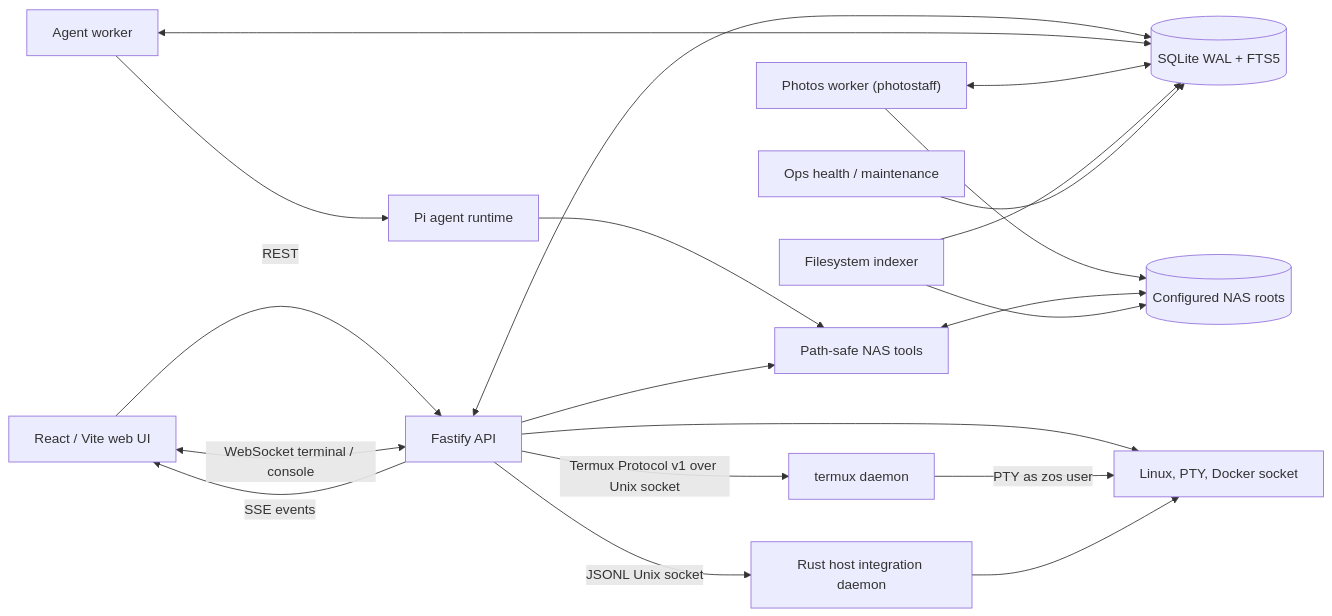
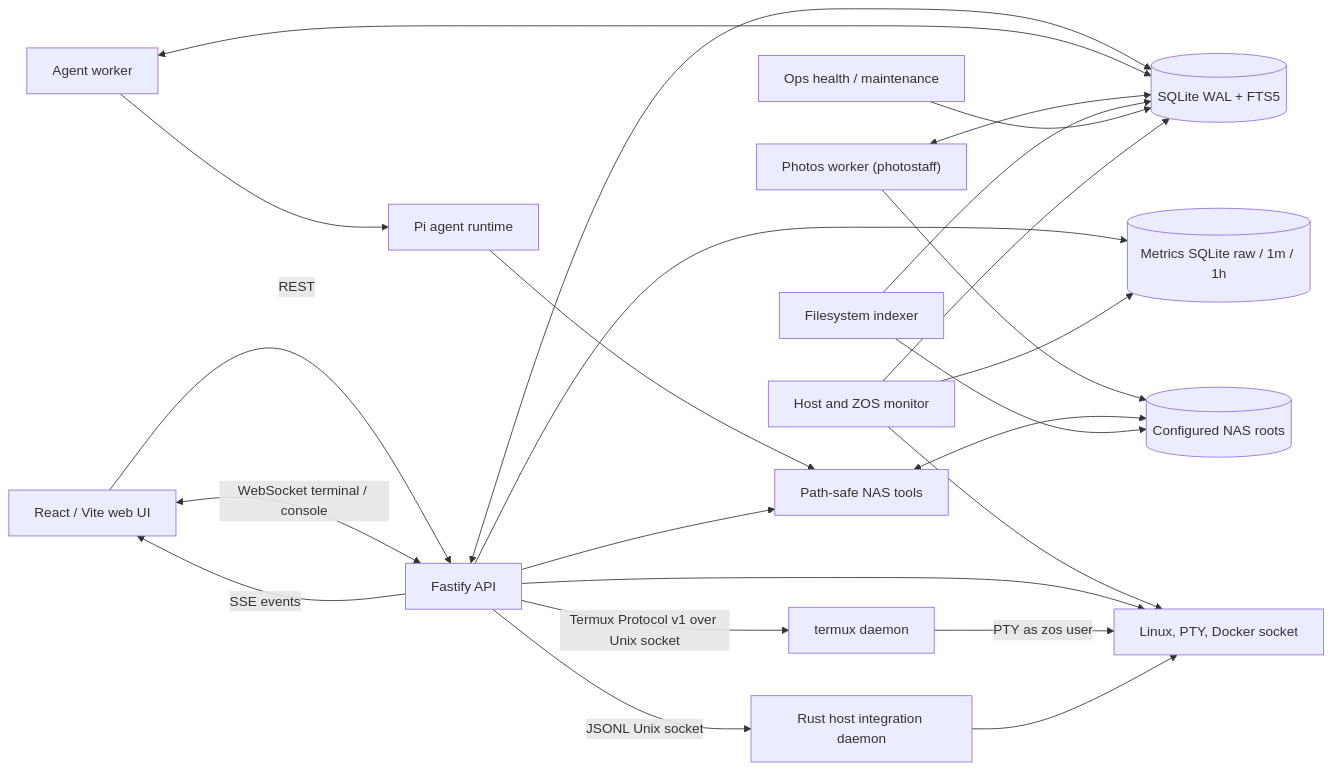
The diagram in README.md (zhubby/CyberOS), drawn with Mermaid before and after one commit. The commit also changed other lines of this file and 92 other files, not shown here.

````diff
--- a/README.md
+++ b/README.md
@@ -76,35 +76,41 @@
 ```mermaid
 flowchart LR
   Browser["React / Vite web UI"]
   API["Fastify API"]
   DB[("SQLite WAL + FTS5")]
+  Metrics[("Metrics SQLite raw / 1m / 1h")]
   Worker["Agent worker"]
   PhotoWorker["Photos worker (photostaff)"]
   Agent["Pi agent runtime"]
   Indexer["Filesystem indexer"]
   Ops["Ops health / maintenance"]
+  Monitor["Host and ZOS monitor"]
   Tools["Path-safe NAS tools"]
   Roots[("Configured NAS roots")]
   Host["Linux, PTY, Docker socket"]
   Hostd["Rust host integration daemon"]
 
   Browser -->|REST| API
   API -->|SSE events| Browser
   Browser <-->|WebSocket terminal / console| API
   API <--> DB
+  API --> Metrics
   Worker <--> DB
   Worker --> Agent
   PhotoWorker <--> DB
   PhotoWorker --> Roots
   Agent --> Tools
   API --> Tools
   Tools <--> Roots
   Indexer --> Roots
   Indexer --> DB
   Ops --> DB
+  Monitor --> Metrics
+  Monitor --> DB
+  Monitor --> Host
   API --> Host
   API -->|Termux Protocol v1 over Unix socket| Termux[termux daemon]
   Termux -->|PTY as zos user| Host
   API -->|JSONL Unix socket| Hostd
   Hostd --> Host
 ```
````
